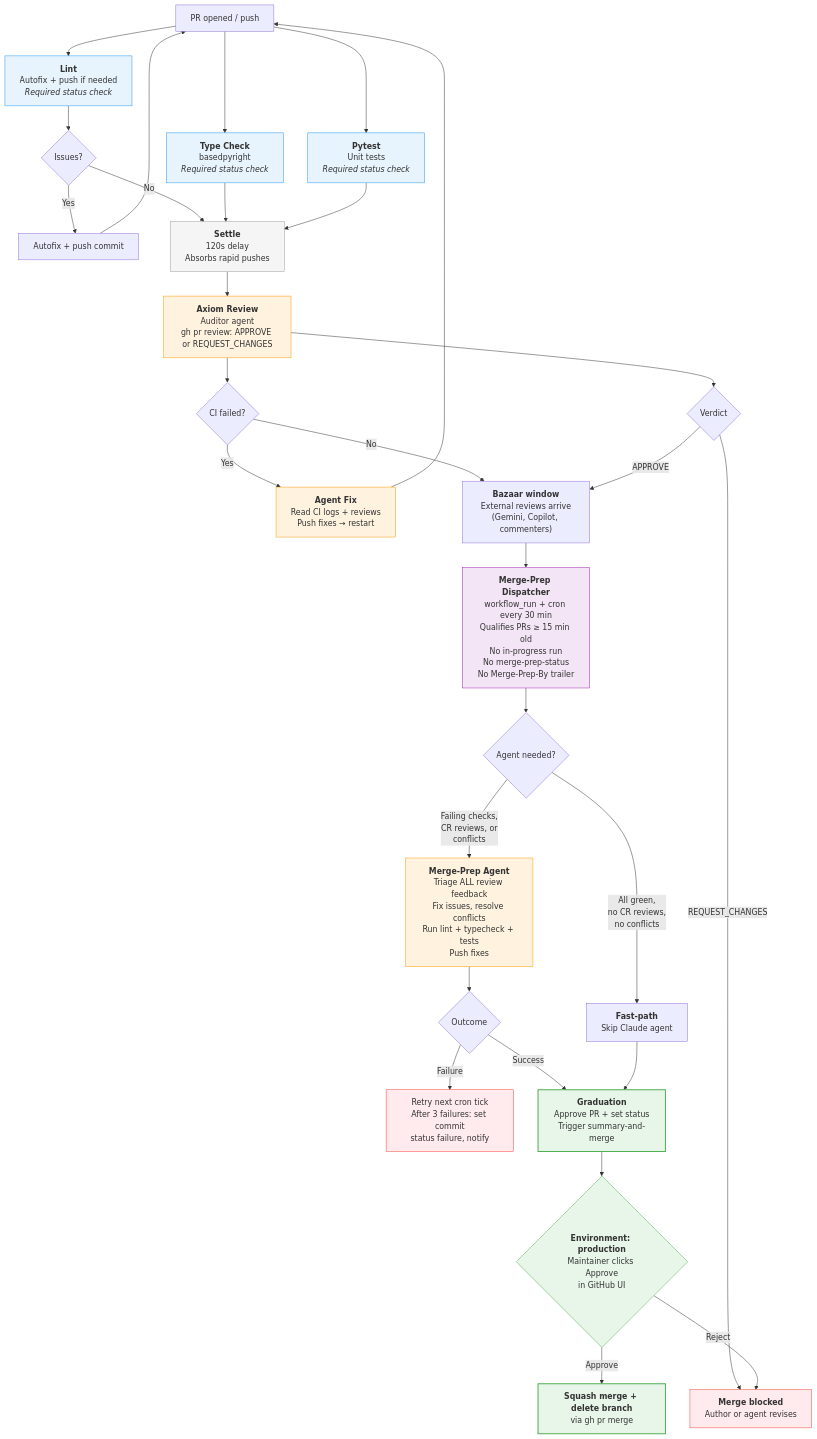
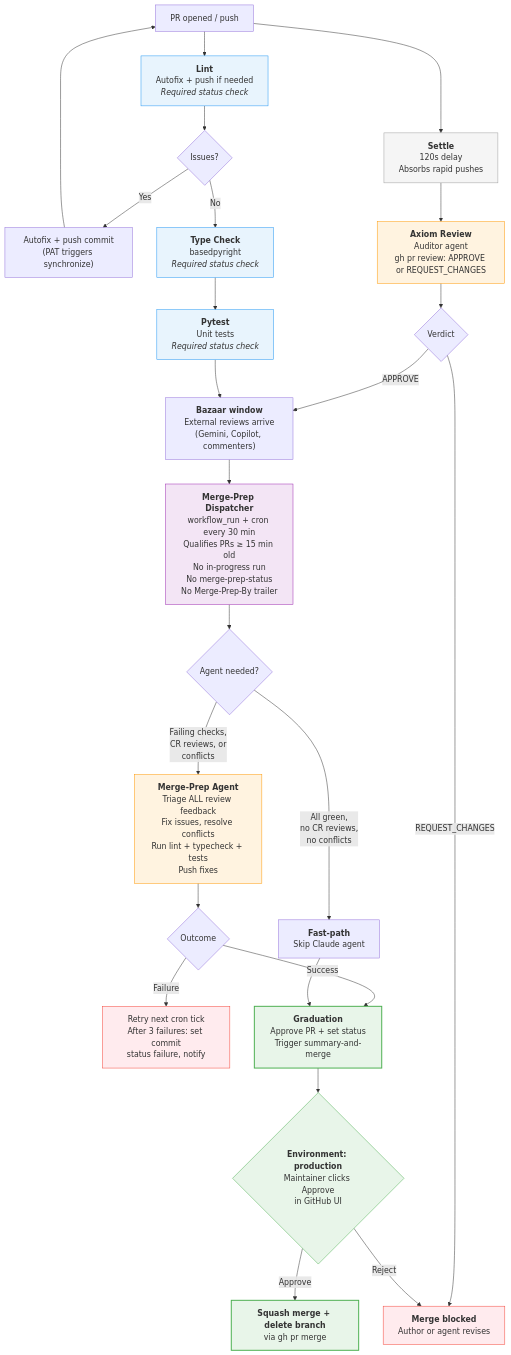
One commit to nicsuzor/academicOps changed the diagram in specs/pr-pipeline.md. Above: the diagram before and after it, drawn with Mermaid. The commit also changed other lines of this file and 10 other files, not shown here.

````diff
--- a/specs/pr-pipeline.md
+++ b/specs/pr-pipeline.md
@@ -45,72 +44,65 @@
 ```mermaid
 flowchart TD
     PR["PR opened / push"]
 
-    %% Phase 1a: Deterministic CI (parallel)
+    %% CI Pipeline (sequential)
     PR --> Lint["<b>Lint</b><br/>Autofix + push if needed<br/><i>Required status check</i>"]
-    PR --> TC["<b>Type Check</b><br/>basedpyright<br/><i>Required status check</i>"]
-    PR --> Test["<b>Pytest</b><br/>Unit tests<br/><i>Required status check</i>"]
 
     Lint --> LintFix{Issues?}
-    LintFix -- Yes --> AutoFix["Autofix + push commit"]
+    LintFix -- Yes --> AutoFix["Autofix + push commit<br/>(PAT triggers synchronize)"]
     AutoFix --> PR
-    LintFix -- No --> Settle
+    LintFix -- No --> TC["<b>Type Check</b><br/>basedpyright<br/><i>Required status check</i>"]
 
-    TC --> Settle
-    Test --> Settle
+    TC --> Test["<b>Pytest</b><br/>Unit tests<br/><i>Required status check</i>"]
 
-    %% Phase 1b: Settle + Axiom Review
-    Settle["<b>Settle</b><br/>120s delay<br/>Absorbs rapid pushes"]
+    %% Axiom Review (independent workflow)
+    PR --> Settle["<b>Settle</b><br/>120s delay<br/>Absorbs rapid pushes"]
     Settle --> AR["<b>Axiom Review</b><br/>Auditor agent<br/>gh pr review: APPROVE or REQUEST_CHANGES"]
-
-    %% Phase 1c: Agent Fix (failure-only)
-    AR --> CICheck{CI failed?}
-    CICheck -- Yes --> AgentFix["<b>Agent Fix</b><br/>Read CI logs + reviews<br/>Push fixes → restart"]
-    AgentFix --> PR
-    CICheck -- No --> Phase2["<b>Bazaar window</b><br/>External reviews arrive<br/>(Gemini, Copilot, commenters)"]
 
     AR --> ARV{Verdict}
     ARV -- REQUEST_CHANGES --> Blocked["<b>Merge blocked</b><br/>Author or agent revises"]
     ARV -- APPROVE --> Phase2
+
+    Test --> Phase2["<b>Bazaar window</b><br/>External reviews arrive<br/>(Gemini, Copilot, commenters)"]
 
     %% Phase 2: Cron — no human trigger needed
     Phase2 --> Cron
 
     Cron["<b>Merge-Prep Dispatcher</b><br/>workflow_run + cron every 30 min<br/>Qualifies PRs ≥ 15 min old<br/>No in-progress run<br/>No merge-prep-status<br/>No Merge-Prep-By trailer"]
 
     Cron --> MPCheck{Agent needed?}
     MPCheck -- "All green,<br/>no CR reviews,<br/>no conflicts" --> FastPath["<b>Fast-path</b><br/>Skip Claude agent"]
     MPCheck -- "Failing checks,<br/>CR reviews, or<br/>conflicts" --> MP["<b>Merge-Prep Agent</b><br/>Triage ALL review feedback<br/>Fix issues, resolve conflicts<br/>Run lint + typecheck + tests<br/>Push fixes"]
 
     MP --> MPV{Outcome}
     MPV -- Failure --> RetryOrEscalate["Retry next cron tick<br/>After 3 failures: set commit<br/>status failure, notify"]
     MPV -- Success --> Graduate
     FastPath --> Graduate
 
     Graduate["<b>Graduation</b><br/>Approve PR + set status<br/>Trigger summary-and-merge"]
 
     %% Phase 3: Environment gate
     Graduate --> EnvGate{"<b>Environment: production</b><br/>Maintainer clicks Approve<br/>in GitHub UI"}
     EnvGate -- "Approve" --> Merge
     EnvGate -- "Reject" --> Blocked
 
     %% Phase 4: Merge
     Merge["<b>Squash merge + delete branch</b><br/>via gh pr merge"]
 
     %% Styling
     classDef check fill:#e8f4fd,stroke:#2196f3
     classDef agent fill:#fff3e0,stroke:#ff9800
     classDef human fill:#e8f5e9,stroke:#4caf50
     classDef success fill:#e8f5e9,stroke:#4caf50,stroke-width:2px
     classDef fail fill:#ffebee,stroke:#f44336
     classDef cron fill:#f3e5f5,stroke:#9c27b0
     classDef settle fill:#f5f5f5,stroke:#9e9e9e
 
     class Lint,TC,Test check
     class AR,MP,AgentFix agent
     class EnvGate human
     class Merge,Graduate success
     class Blocked,RetryOrEscalate fail
     class Cron cron
     class Settle settle
 ```
````
